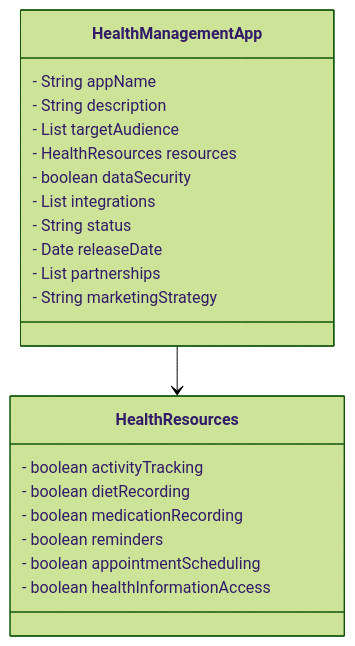
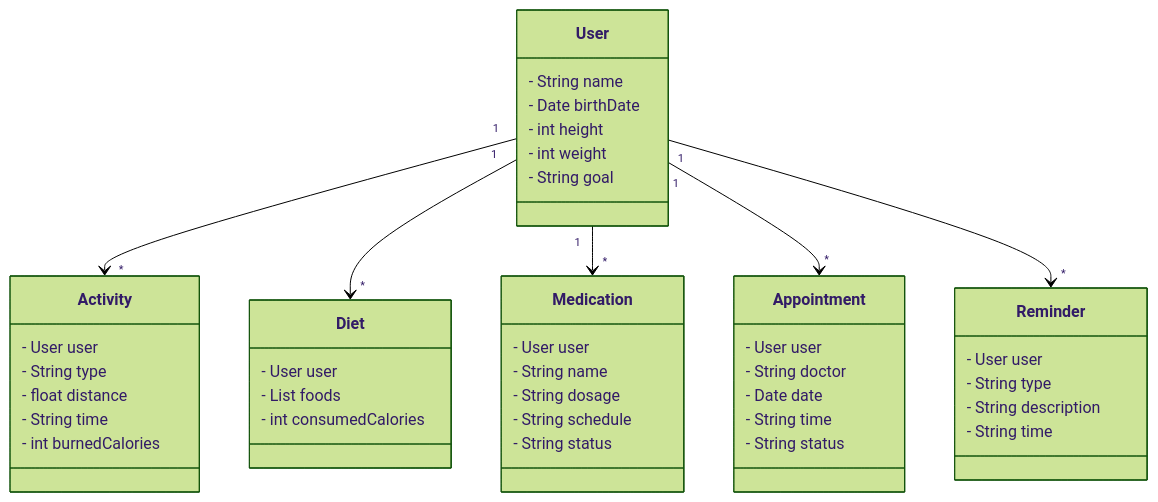
One commit to mBraga28/java-ai-powered-tonnie changed the diagram in README.md. Above: the diagram before and after it, drawn with Mermaid (forest theme).

````diff
--- a/README.md
+++ b/README.md
@@ -6,26 +6,53 @@
 ```mermaid
 classDiagram
-    class HealthManagementApp {
-        - String appName
-        - String description
-        - List<String> targetAudience
-        - HealthResources resources
-        - boolean dataSecurity
-        - List<String> integrations
-        - String status
-        - Date releaseDate
-        - List<String> partnerships
-        - String marketingStrategy
+    class User {
+        - String name
+        - Date birthDate
+        - int height
+        - int weight
+        - String goal
     }
 
-    class HealthResources {
-        - boolean activityTracking
-        - boolean dietRecording
-        - boolean medicationRecording
-        - boolean reminders
-        - boolean appointmentScheduling
-        - boolean healthInformationAccess
+    class Activity {
+        - User user
+        - String type
+        - float distance
+        - String time
+        - int burnedCalories
     }
 
-    HealthManagementApp --> HealthResources
+    class Diet {
+        - User user
+        - List<String> foods
+        - int consumedCalories
+    }
+
+    class Medication {
+        - User user
+        - String name
+        - String dosage
+        - String schedule
+        - String status
+    }
+
+    class Appointment {
+        - User user
+        - String doctor
+        - Date date
+        - String time
+        - String status
+    }
+
+    class Reminder {
+        - User user
+        - String type
+        - String description
+        - String time
+    }
+
+    User "1" --> "*" Activity
+    User "1" --> "*" Diet
+    User "1" --> "*" Medication
+    User "1" --> "*" Appointment
+    User "1" --> "*" Reminder
 ```
````
